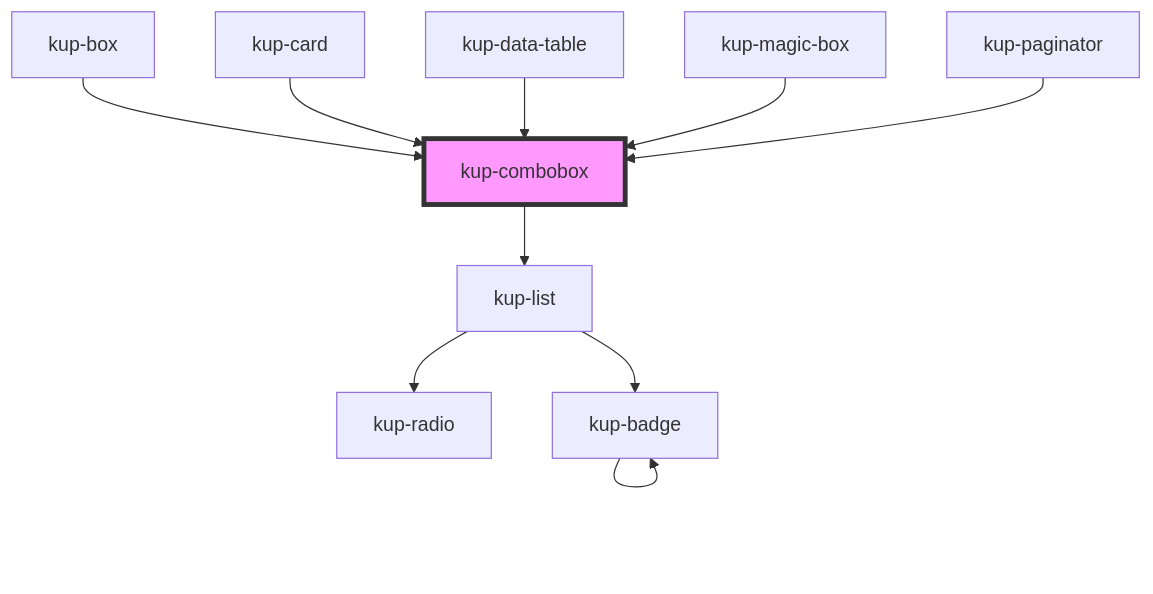
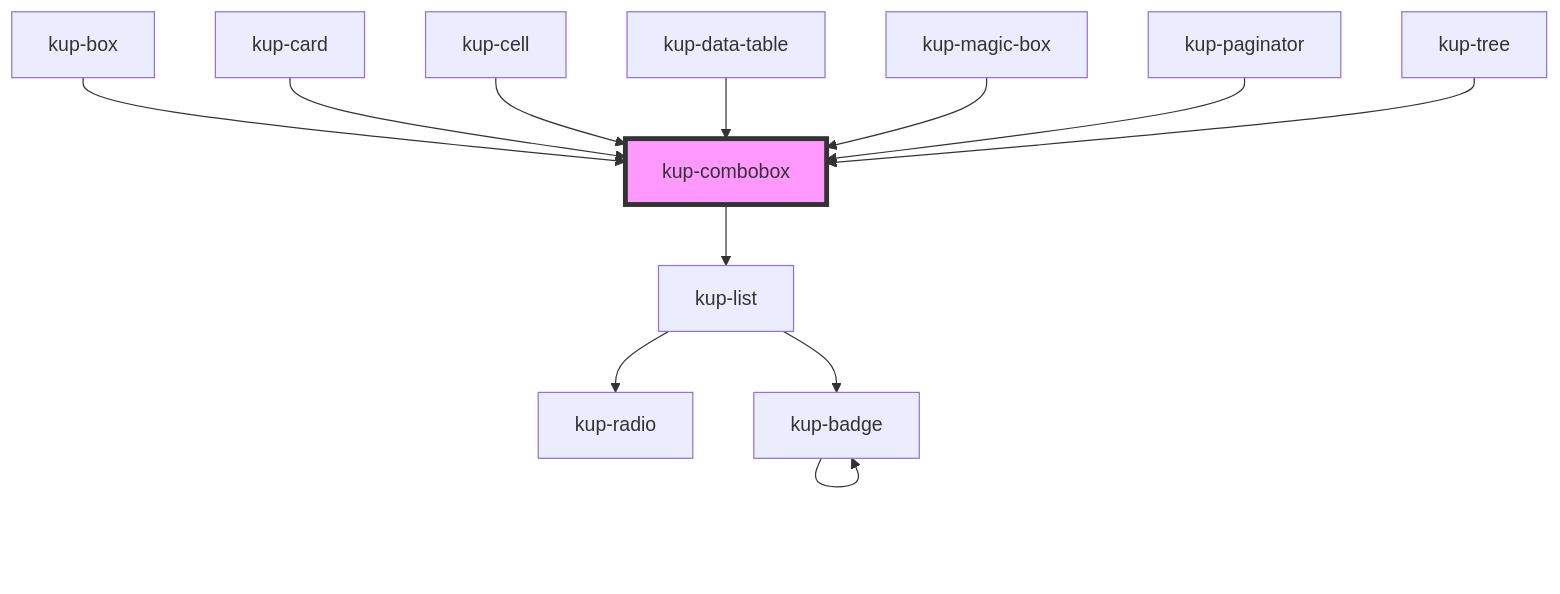
One commit to smeup/ketchup changed the diagram in packages/ketchup/src/components/kup-combobox/readme.md. Above: the diagram before and after it, drawn with Mermaid. The commit also changed other lines of this file and 16 other files, not shown here.

Commit message:
kup-cell: Remove change event on editable case and create a showcase.

````diff
--- a/packages/ketchup/src/components/kup-combobox/readme.md
+++ b/packages/ketchup/src/components/kup-combobox/readme.md
@@ -110,13 +112,15 @@
 ```mermaid
 graph TD;
   kup-combobox --> kup-list
   kup-list --> kup-radio
   kup-list --> kup-badge
   kup-badge --> kup-badge
   kup-box --> kup-combobox
   kup-card --> kup-combobox
+  kup-cell --> kup-combobox
   kup-data-table --> kup-combobox
   kup-magic-box --> kup-combobox
   kup-paginator --> kup-combobox
+  kup-tree --> kup-combobox
   style kup-combobox fill:#f9f,stroke:#333,stroke-width:4px
 ```
````
